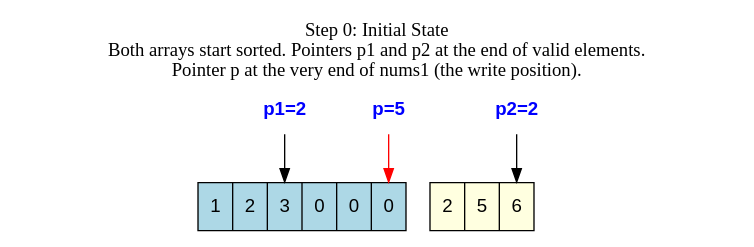
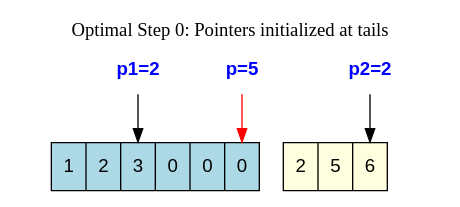
One commit to jensonp/leetcode changed the diagram in 088-merge-sorted-array/dot/step0.dot. Above: the diagram before and after it, drawn with Graphviz. The commit also changed 21 other files, not shown here.

```diff
--- a/088-merge-sorted-array/dot/step0.dot
+++ b/088-merge-sorted-array/dot/step0.dot
@@ -1,15 +1,13 @@
 digraph G {
     rankdir=TB;
     node [shape=record, fontname="Helvetica", style=filled, fillcolor=white];
-    
     nums1 [label="<f0> 1|<f1> 2|<f2> 3|<f3> 0|<f4> 0|<f5> 0", fillcolor=lightblue];
     nums2 [label="<f0> 2|<f1> 5|<f2> 6", fillcolor=lightyellow];
-    
     node [shape=plaintext, fillcolor=none, fontcolor=blue, fontname="Helvetica-Bold"];
     p1 [label="p1=2"]; p1 -> nums1:f2;
 p2 [label="p2=2"]; p2 -> nums2:f2;
 p [label="p=5"]; p -> nums1:f5 [color=red, fontcolor=red];
     labelloc="t";
-    label="Step 0: Initial State\nBoth arrays start sorted. Pointers p1 and p2 at the end of valid elements.\nPointer p at the very end of nums1 (the write position).";
+    label="Optimal Step 0: Pointers initialized at tails";
     fontsize=14;
 }
```
